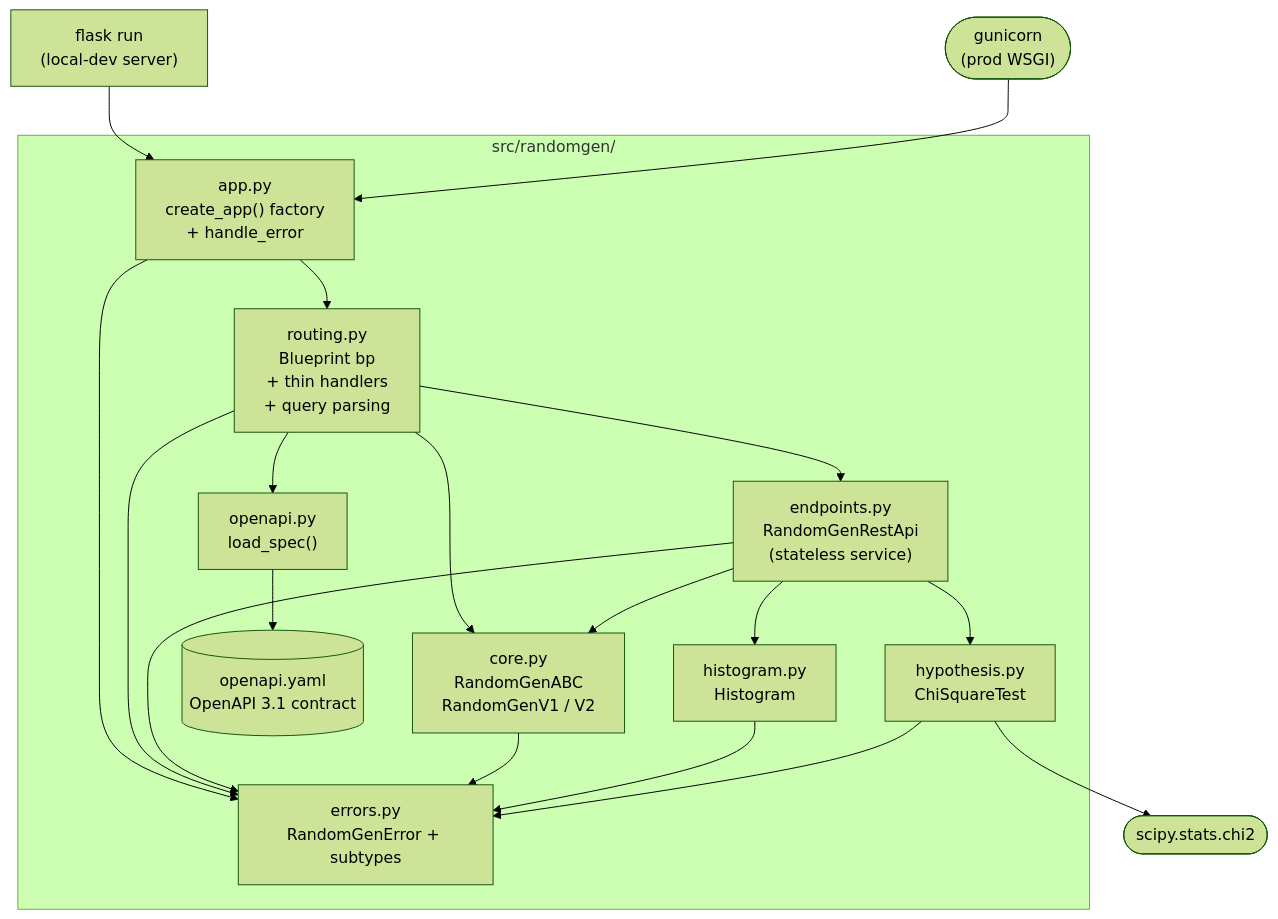
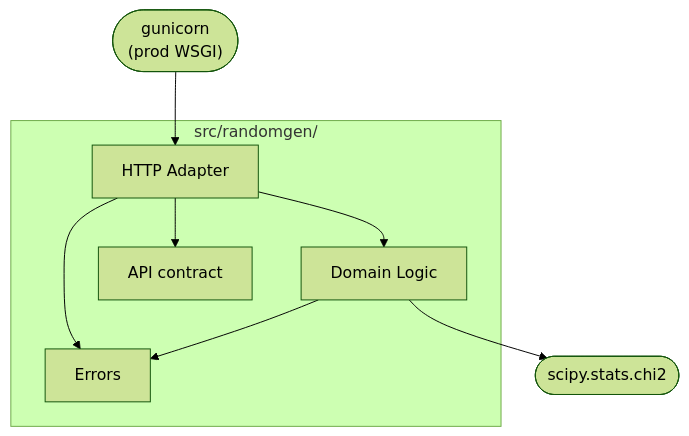
The first of 5 diagrams in docs/arc42/05-building-block-view.md (braboj/demo-randomgen), drawn with Mermaid (forest theme) before and after one commit. The commit also changed other lines of this file and 2 other files, not shown here.

````diff
--- a/docs/arc42/05-building-block-view.md
+++ b/docs/arc42/05-building-block-view.md
@@ -8,37 +8,19 @@
 ```mermaid
 flowchart TD
-    flaskcli["flask run<br/>(local-dev server)"]
     gunicorn(["gunicorn<br/>(prod WSGI)"])
+    scipy(["scipy.stats.chi2"])
 
     subgraph pkg["src/randomgen/"]
-        app["app.py<br/>create_app() factory<br/>+ handle_error"]
-        routing["routing.py<br/>Blueprint bp<br/>+ thin handlers<br/>+ query parsing"]
-        endpoints["endpoints.py<br/>RandomGenRestApi<br/>(stateless service)"]
-        core["core.py<br/>RandomGenABC<br/>RandomGenV1 / V2"]
-        histogram["histogram.py<br/>Histogram"]
-        hypothesis["hypothesis.py<br/>ChiSquareTest"]
-        openapi["openapi.py<br/>load_spec()"]
-        spec[("openapi.yaml<br/>OpenAPI 3.1 contract")]
-        errors["errors.py<br/>RandomGenError + subtypes"]
+        web["HTTP Adapter"]
+        domain["Domain Logic"]
+        contract["API contract"]
+        errors["Errors"]
     end
 
-    scipy(["scipy.stats.chi2"])
-
-    flaskcli --> app
-    gunicorn --> app
-    app --> routing
-    app --> errors
-    routing --> endpoints
-    routing --> core
-    routing --> errors
-    routing --> openapi
-    openapi --> spec
-    endpoints --> core
-    endpoints --> histogram
-    endpoints --> hypothesis
-    endpoints --> errors
-    core --> errors
-    histogram --> errors
-    hypothesis --> errors
-    hypothesis --> scipy
+    gunicorn --> web
+    web --> domain
+    web --> contract
+    web --> errors
+    domain --> errors
+    domain --> scipy
 ```
````
